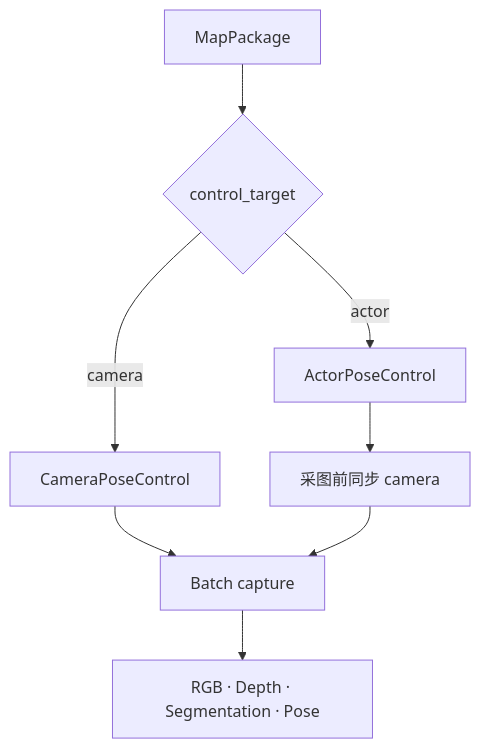
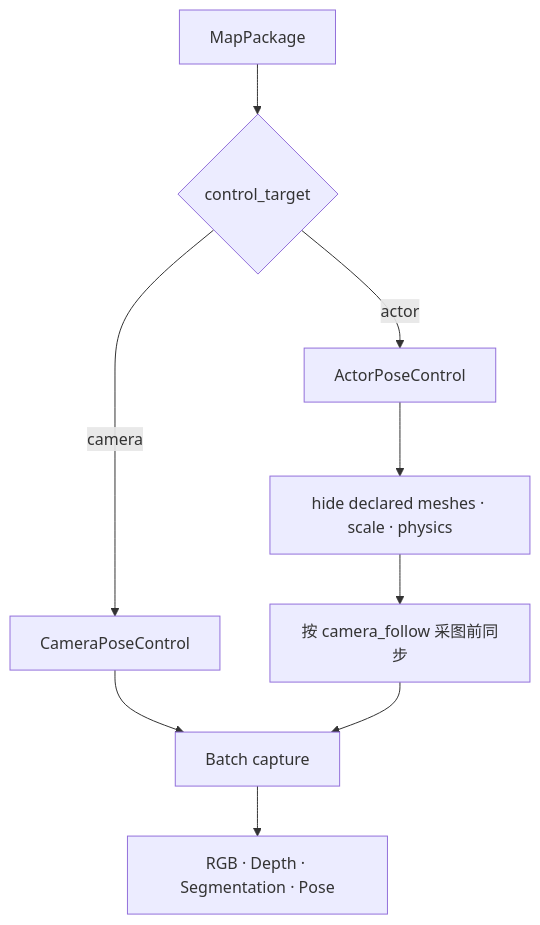
The diagram in docs/simulator_control/14_local_unrealcv_test.md (LZ6years/AeroPilot), drawn with Mermaid before and after one commit. The commit also changed other lines of this file and 77 other files, not shown here.

Commit message:
修复UAV-Flow的测试问题

````diff
--- a/docs/simulator_control/14_local_unrealcv_test.md
+++ b/docs/simulator_control/14_local_unrealcv_test.md
@@ -13,10 +13,11 @@
 ```mermaid
 flowchart TD
     MP["MapPackage"] --> CT{"control_target"}
     CT -->|"camera"| CP["CameraPoseControl"]
     CT -->|"actor"| AP["ActorPoseControl"]
-    AP --> SYNC["采图前同步 camera"]
+    AP --> INIT["hide declared meshes · scale · physics"]
+    INIT --> SYNC["按 camera_follow 采图前同步"]
     CP --> CAP["Batch capture"]
     SYNC --> CAP
     CAP --> OBS["RGB · Depth · Segmentation · Pose"]
 ```
````
